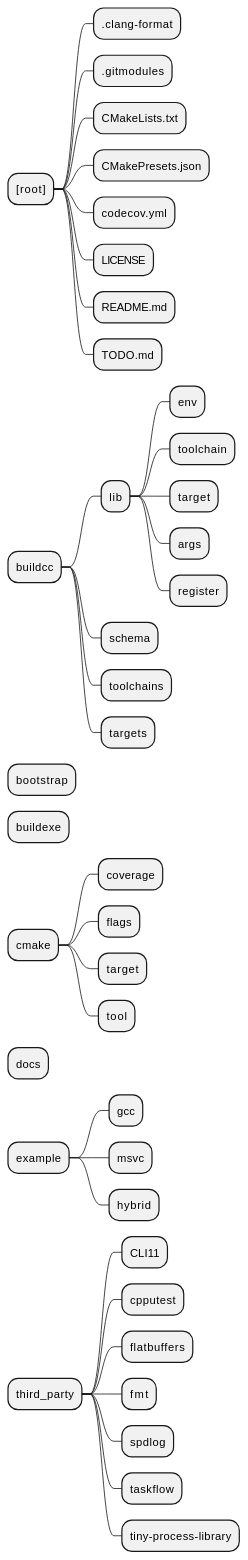
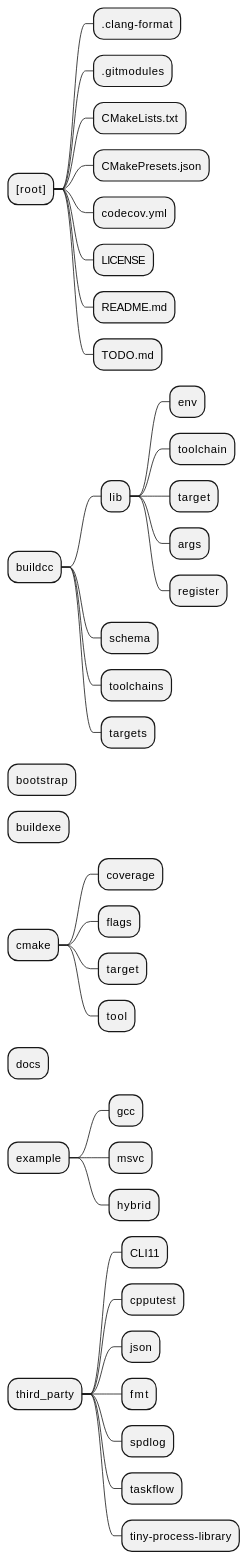
Before and after one commit to coder137/build_in_cpp: the diagram in docs/source/arch/project_layout.rst, drawn with PlantUML. The commit also changed other lines of this file and 31 other files, not shown here.

```diff
--- a/docs/source/arch/project_layout.rst
+++ b/docs/source/arch/project_layout.rst
@@ -4,43 +4,43 @@
 .. uml::
 
    @startmindmap
    * [root]
    ** .clang-format
    ** .gitmodules
    ** CMakeLists.txt
    ** CMakePresets.json
    ** codecov.yml
    ** LICENSE
    ** README.md
    ** TODO.md
    * buildcc
    ** lib
    *** env
    *** toolchain
    *** target
    *** args
    *** register
    ** schema
    ** toolchains
    ** targets
    * bootstrap
    * buildexe
    * cmake
    ** coverage
    ** flags
    ** target
    ** tool
    * docs
    * example
    ** gcc
    ** msvc
    ** hybrid
    * third_party
    ** CLI11
    ** cpputest
-   ** flatbuffers
+   ** json
    ** fmt
    ** spdlog
    ** taskflow
    ** tiny-process-library
    @endmindmap
```
